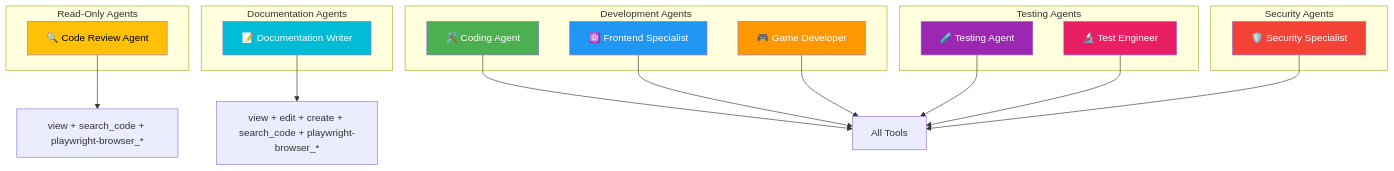
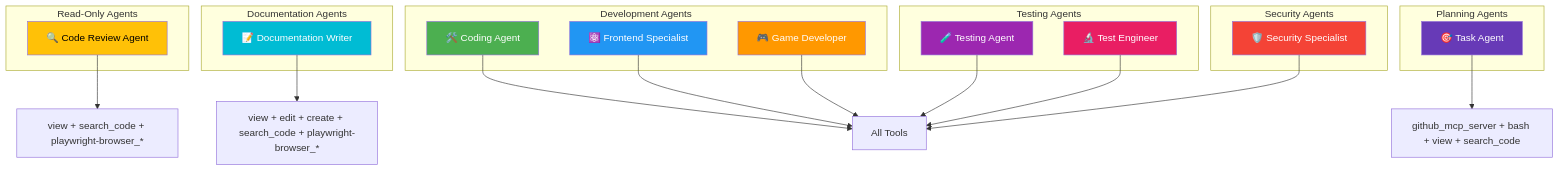
One commit to Hack23/blacktrigram changed the third of 3 diagrams in .github/agents/README.md. Above: the diagram before and after it, drawn with Mermaid. The commit also changed other lines of this file and 1 other file, not shown here.

Commit message:
Add Black Trigram Task Agent with ISMS compliance focus

````diff
--- a/.github/agents/README.md
+++ b/.github/agents/README.md
@@ -266,43 +299,49 @@
 ```mermaid
 graph TD
     subgraph "Read-Only Agents"
         Review[🔍 Code Review Agent]
     end
     
     subgraph "Documentation Agents"
         Docs[📝 Documentation Writer]
     end
     
     subgraph "Development Agents"
         Coding[🛠️ Coding Agent]
         Frontend[⚛️ Frontend Specialist]
         Game[🎮 Game Developer]
     end
     
     subgraph "Testing Agents"
         Testing[🧪 Testing Agent]
         TestEng[🔬 Test Engineer]
     end
     
     subgraph "Security Agents"
         Security[🛡️ Security Specialist]
     end
     
+    subgraph "Planning Agents"
+        TaskAgent[🎯 Task Agent]
+    end
+    
     Review --> ViewSearch[view + search_code + playwright-browser_*]
     Docs --> ViewEdit[view + edit + create + search_code + playwright-browser_*]
     Coding --> FullTools[All Tools]
     Frontend --> FullTools
     Game --> FullTools
     Testing --> FullTools
     TestEng --> FullTools
     Security --> FullTools
+    TaskAgent --> MCPTools[github_mcp_server + bash + view + search_code]
     
     style Review fill:#FFC107,color:#000
     style Docs fill:#00BCD4,color:#fff
     style Coding fill:#4CAF50,color:#fff
     style Frontend fill:#2196F3,color:#fff
     style Game fill:#FF9800,color:#fff
     style Testing fill:#9C27B0,color:#fff
     style TestEng fill:#E91E63,color:#fff
     style Security fill:#F44336,color:#fff
+    style TaskAgent fill:#673AB7,color:#fff
 ```
````
